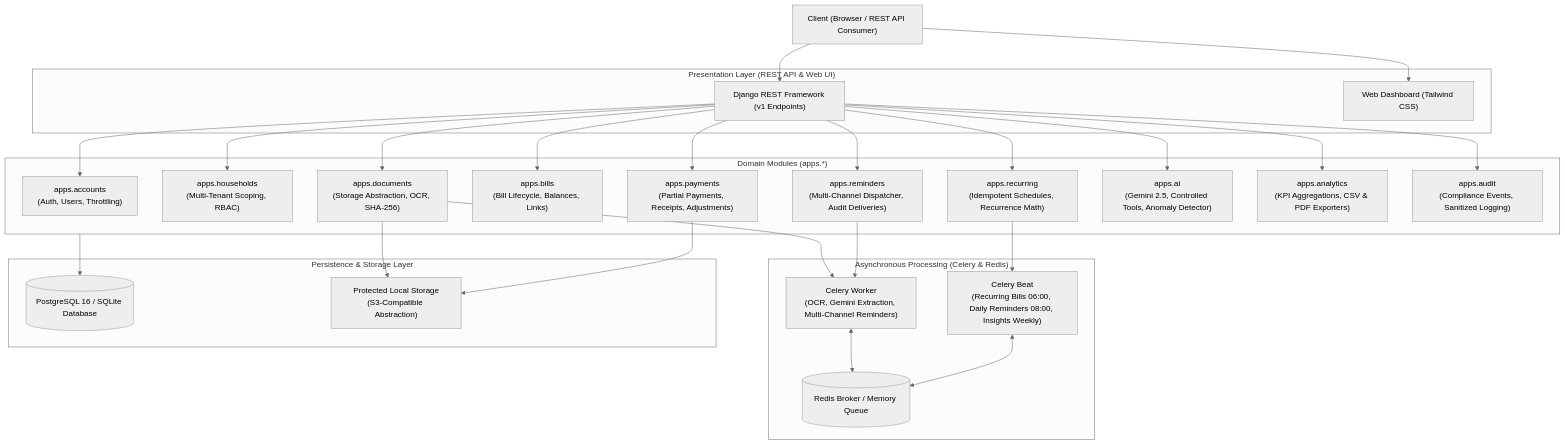
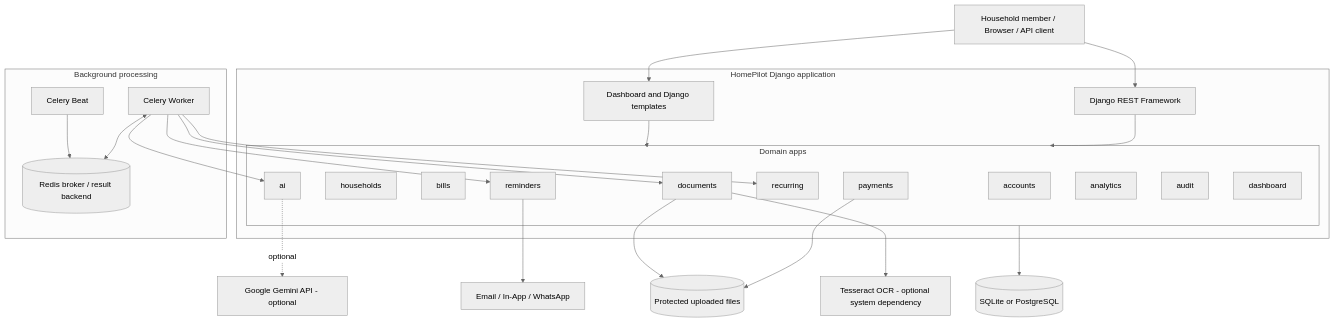
One commit to rhutik123/HomePilot changed the second of 3 diagrams in README.md. Above: the diagram before and after it, drawn with Mermaid (neutral theme). The commit also changed other lines of this file, not shown here.

````diff
--- a/README.md
+++ b/README.md
@@ -36,56 +179,52 @@
 ```mermaid
-flowchart TD
-    Client["Client (Browser / REST API Consumer)"]
+flowchart TB
+    User[Household member / Browser / API client]
 
-    subgraph PresentationLayer["Presentation Layer (REST API & Web UI)"]
-        DRF["Django REST Framework (v1 Endpoints)"]
-        DashboardUI["Web Dashboard (Tailwind CSS)"]
+    subgraph App[HomePilot Django application]
+        Web[Dashboard and Django templates]
+        API[Django REST Framework]
+
+        subgraph Domains[Domain apps]
+            Accounts[accounts]
+            Households[households]
+            Bills[bills]
+            Documents[documents]
+            Payments[payments]
+            Recurring[recurring]
+            Reminders[reminders]
+            AI[ai]
+            Analytics[analytics]
+            Audit[audit]
+            Dashboard[dashboard]
+        end
     end
 
-    subgraph DomainModules["Domain Modules (apps.*)"]
-        Accounts["apps.accounts<br/>(Auth, Users, Throttling)"]
-        Households["apps.households<br/>(Multi-Tenant Scoping, RBAC)"]
-        Documents["apps.documents<br/>(Storage Abstraction, OCR, SHA-256)"]
-        Bills["apps.bills<br/>(Bill Lifecycle, Balances, Links)"]
-        Payments["apps.payments<br/>(Partial Payments, Receipts, Adjustments)"]
-        Recurring["apps.recurring<br/>(Idempotent Schedules, Recurrence Math)"]
-        Reminders["apps.reminders<br/>(Multi-Channel Dispatcher, Audit Deliveries)"]
-        AI["apps.ai<br/>(Gemini 2.5, Controlled Tools, Anomaly Detector)"]
-        Analytics["apps.analytics<br/>(KPI Aggregations, CSV & PDF Exporters)"]
-        Audit["apps.audit<br/>(Compliance Events, Sanitized Logging)"]
+    subgraph Async[Background processing]
+        Beat[Celery Beat]
+        Worker[Celery Worker]
+        Redis[(Redis broker / result backend)]
     end
 
-    subgraph AsyncWorker["Asynchronous Processing (Celery & Redis)"]
-        Worker["Celery Worker<br/>(OCR, Gemini Extraction, Multi-Channel Reminders)"]
-        Beat["Celery Beat<br/>(Recurring Bills 06:00, Daily Reminders 08:00, Insights Weekly)"]
-        Broker[("Redis Broker / Memory Queue")]
-    end
+    DB[(SQLite or PostgreSQL)]
+    Files[(Protected uploaded files)]
+    Gemini[Google Gemini API - optional]
+    Tesseract[Tesseract OCR - optional system dependency]
+    Channels[Email / In-App / WhatsApp]
 
-    subgraph Persistence["Persistence & Storage Layer"]
-        DB[("PostgreSQL 16 / SQLite Database")]
-        Storage["Protected Local Storage<br/>(S3-Compatible Abstraction)"]
-    end
-
-    Client --> DRF
-    Client --> DashboardUI
-    DRF --> Accounts
-    DRF --> Households
-    DRF --> Documents
-    DRF --> Bills
-    DRF --> Payments
-    DRF --> Recurring
-    DRF --> Reminders
-    DRF --> AI
-    DRF --> Analytics
-    DRF --> Audit
-
-    Documents --> Worker
-    Reminders --> Worker
-    Recurring --> Beat
-    Worker <--> Broker
-    Beat <--> Broker
-
-    DomainModules --> DB
-    Documents --> Storage
-    Payments --> Storage
+    User --> Web
+    User --> API
+    Web --> Domains
+    API --> Domains
+    Domains --> DB
+    Documents --> Files
+    Payments --> Files
+    Documents --> Tesseract
+    AI -. optional .-> Gemini
+    Beat --> Redis
+    Worker <--> Redis
+    Worker --> Documents
+    Worker --> Reminders
+    Worker --> Recurring
+    Worker --> AI
+    Reminders --> Channels
 ```
````
